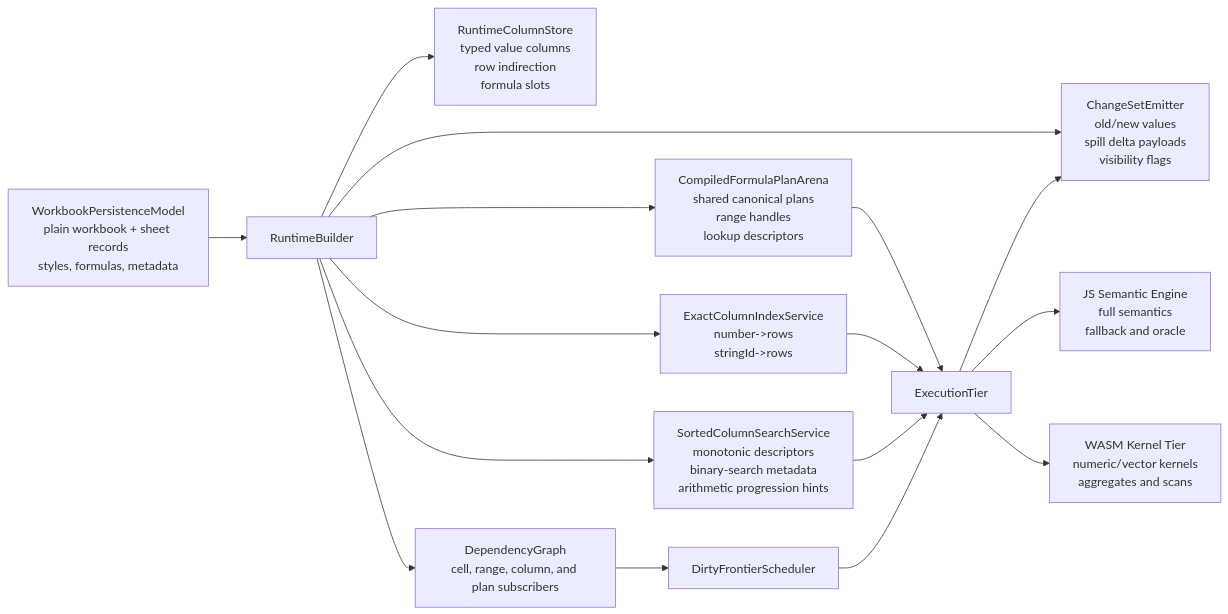
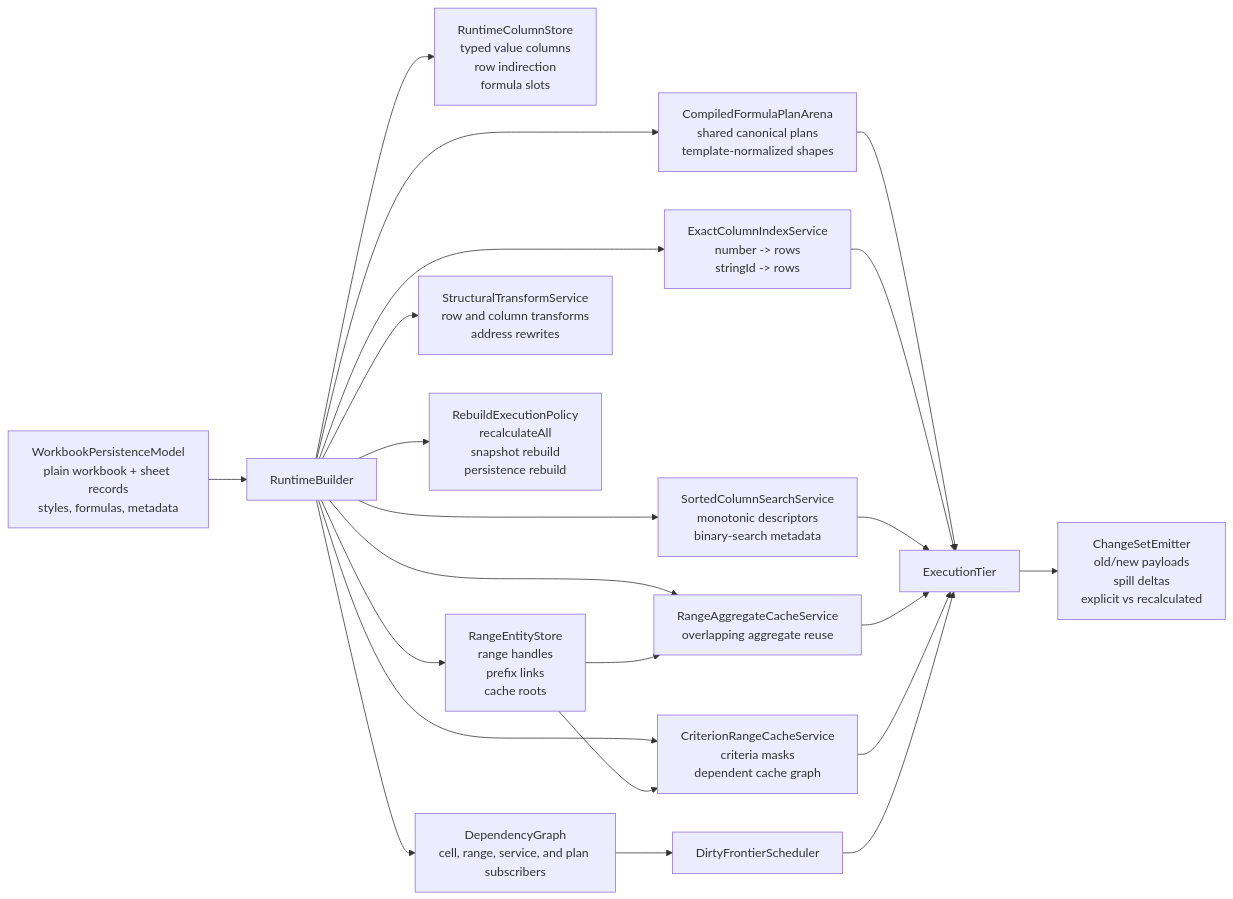
Before and after one commit to proompteng/bilig: the first of 2 diagrams in docs/workpaper-ultra-performance-engine-architecture-2026-04-12.md, drawn with Mermaid. The commit also changed other lines of this file and 19 other files, not shown here.

Commit message:
perf(engine): harden hot-path service cutovers

````diff
--- a/docs/workpaper-ultra-performance-engine-architecture-2026-04-12.md
+++ b/docs/workpaper-ultra-performance-engine-architecture-2026-04-12.md
@@ -120,18 +169,24 @@
 ```mermaid
 flowchart LR
-  PM["WorkbookPersistenceModel<br/>plain workbook + sheet records<br/>styles, formulas, metadata"] --> RT["RuntimeBuilder"]
-  RT --> CS["RuntimeColumnStore<br/>typed value columns<br/>row indirection<br/>formula slots"]
-  RT --> FP["CompiledFormulaPlanArena<br/>shared canonical plans<br/>range handles<br/>lookup descriptors"]
-  RT --> DG["DependencyGraph<br/>cell, range, column, and plan subscribers"]
-  RT --> XI["ExactColumnIndexService<br/>number->rows<br/>stringId->rows"]
-  RT --> SI["SortedColumnSearchService<br/>monotonic descriptors<br/>binary-search metadata<br/>arithmetic progression hints"]
-  RT --> CE["ChangeSetEmitter<br/>old/new values<br/>spill delta payloads<br/>visibility flags"]
+  PM["WorkbookPersistenceModel<br/>plain workbook + sheet records<br/>styles, formulas, metadata"] --> RB["RuntimeBuilder"]
+  RB --> CS["RuntimeColumnStore<br/>typed value columns<br/>row indirection<br/>formula slots"]
+  RB --> RS["RangeEntityStore<br/>range handles<br/>prefix links<br/>cache roots"]
+  RB --> FP["CompiledFormulaPlanArena<br/>shared canonical plans<br/>template-normalized shapes"]
+  RB --> DG["DependencyGraph<br/>cell, range, service, and plan subscribers"]
+  RB --> EXI["ExactColumnIndexService<br/>number -> rows<br/>stringId -> rows"]
+  RB --> SSI["SortedColumnSearchService<br/>monotonic descriptors<br/>binary-search metadata"]
+  RB --> RAC["RangeAggregateCacheService<br/>overlapping aggregate reuse"]
+  RB --> CRC["CriterionRangeCacheService<br/>criteria masks<br/>dependent cache graph"]
+  RB --> ST["StructuralTransformService<br/>row and column transforms<br/>address rewrites"]
+  RB --> RP["RebuildExecutionPolicy<br/>recalculateAll<br/>snapshot rebuild<br/>persistence rebuild"]
   FP --> EX["ExecutionTier"]
+  RS --> RAC
+  RS --> CRC
   DG --> SCH["DirtyFrontierScheduler"]
-  XI --> EX
-  SI --> EX
+  EXI --> EX
+  SSI --> EX
+  RAC --> EX
+  CRC --> EX
   SCH --> EX
-  EX --> CE
-  EX --> JS["JS Semantic Engine<br/>full semantics<br/>fallback and oracle"]
-  EX --> WASM["WASM Kernel Tier<br/>numeric/vector kernels<br/>aggregates and scans"]
+  EX --> CSE["ChangeSetEmitter<br/>old/new payloads<br/>spill deltas<br/>explicit vs recalculated"]
 ```
````
